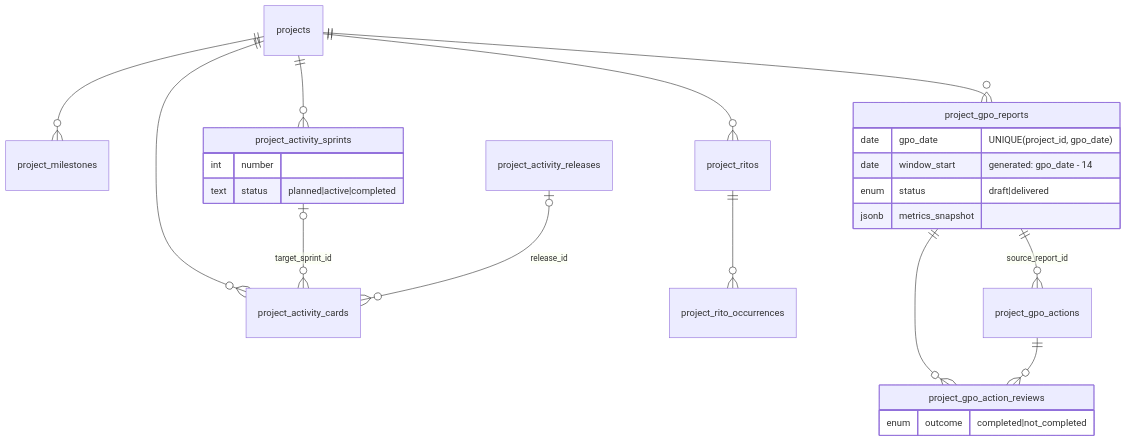
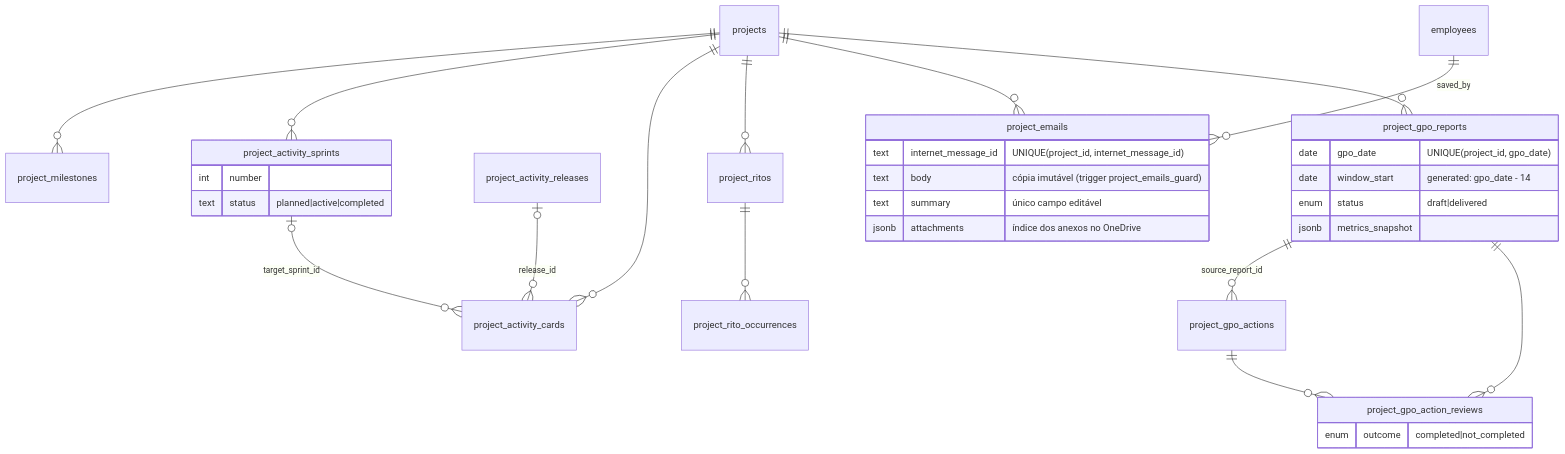
The fourth of 5 diagrams in .harness/docs/architecture/erd.md (Origami-Lab-Organization/og-pulse), drawn with Mermaid before and after one commit. The commit also changed other lines of this file and 60 other files, not shown here.

````diff
--- a/.harness/docs/architecture/erd.md
+++ b/.harness/docs/architecture/erd.md
@@ -447,28 +449,36 @@
 ```mermaid
 erDiagram
     projects ||--o{ project_milestones : ""
     projects ||--o{ project_activity_sprints : ""
     projects ||--o{ project_activity_cards : ""
     project_activity_sprints |o--o{ project_activity_cards : "target_sprint_id"
     project_activity_releases |o--o{ project_activity_cards : "release_id"
     projects ||--o{ project_ritos : ""
     project_ritos ||--o{ project_rito_occurrences : ""
+    projects ||--o{ project_emails : ""
+    employees ||--o{ project_emails : "saved_by"
     projects ||--o{ project_gpo_reports : ""
     project_gpo_reports ||--o{ project_gpo_actions : "source_report_id"
     project_gpo_reports ||--o{ project_gpo_action_reviews : ""
     project_gpo_actions ||--o{ project_gpo_action_reviews : ""
 
     project_activity_sprints {
         int number ""
         text status "planned|active|completed"
     }
     project_gpo_reports {
         date gpo_date "UNIQUE(project_id, gpo_date)"
         date window_start "generated: gpo_date - 14"
         enum status "draft|delivered"
         jsonb metrics_snapshot ""
     }
     project_gpo_action_reviews {
         enum outcome "completed|not_completed"
     }
+    project_emails {
+        text internet_message_id "UNIQUE(project_id, internet_message_id)"
+        text body "cópia imutável (trigger project_emails_guard)"
+        text summary "único campo editável"
+        jsonb attachments "índice dos anexos no OneDrive"
+    }
 ```
````
